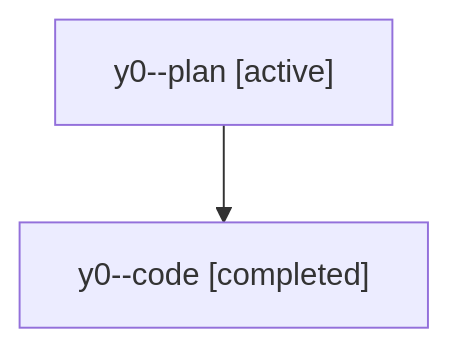
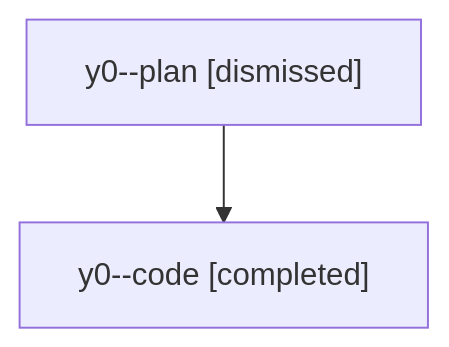
One commit to sase-org/sase--agents changed the diagram in sessions/bbugyi200.athena.y0.md. Above: the diagram before and after it, drawn with Mermaid. The commit also changed other lines of this file and 30 other files, not shown here.

````diff
--- a/sessions/bbugyi200.athena.y0.md
+++ b/sessions/bbugyi200.athena.y0.md
@@ -9,6 +9,6 @@
 ```mermaid
 flowchart TD
-  n0["y0--plan [active]"]
+  n0["y0--plan [dismissed]"]
   n1["y0--code [completed]"]
   n0 --> n1
 ```
````
